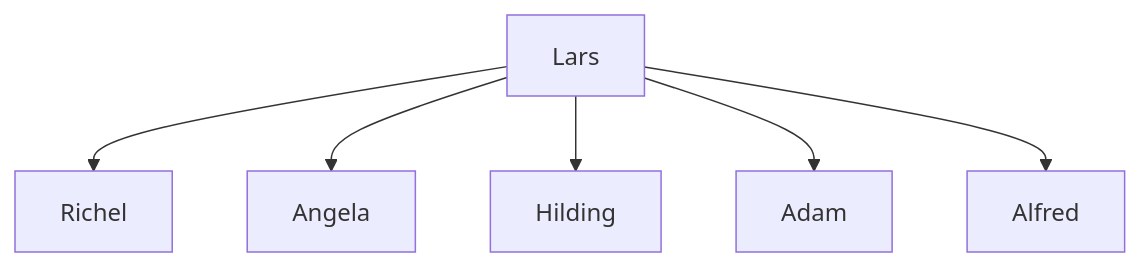
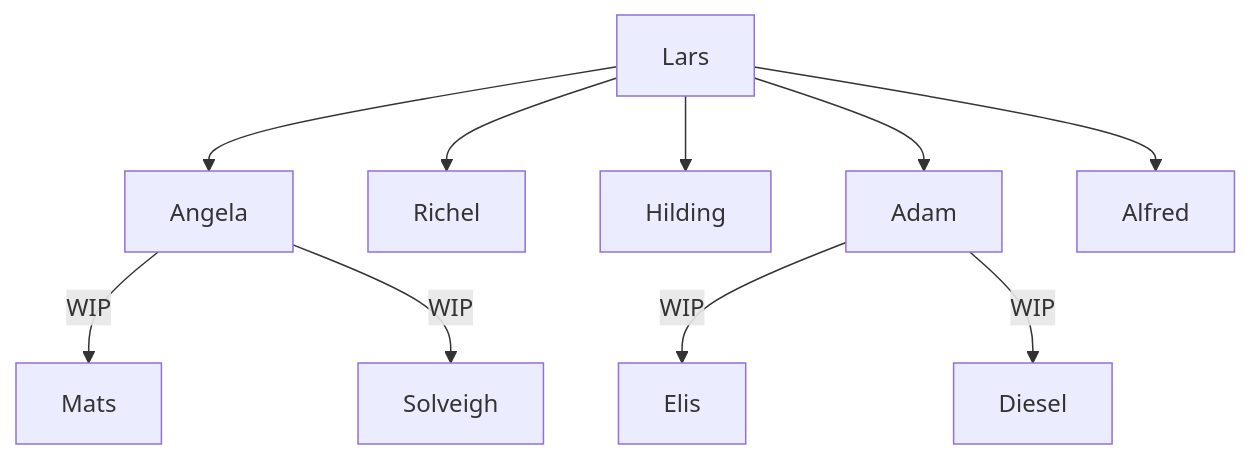
One commit to uppsala-makerspace/laser_cutter_guide changed the diagram in docs/certified_operators.md. Above: the diagram before and after it, drawn with Mermaid. The commit also changed other lines of this file, not shown here.

````diff
--- a/docs/certified_operators.md
+++ b/docs/certified_operators.md
@@ -18,14 +18,20 @@
 ```mermaid
 flowchart TD
   Lars
   Angela
   Richel
   Hilding
   Adam
 
   Lars --> Richel
   Lars --> Angela
   Lars --> Hilding
   Lars --> Adam
   Lars --> Alfred
+
+  Adam --> |WIP| Elis
+  Adam --> |WIP| Diesel
+  Angela --> |WIP| Mats
+  Angela --> |WIP| Solveigh
+
 ```
````
